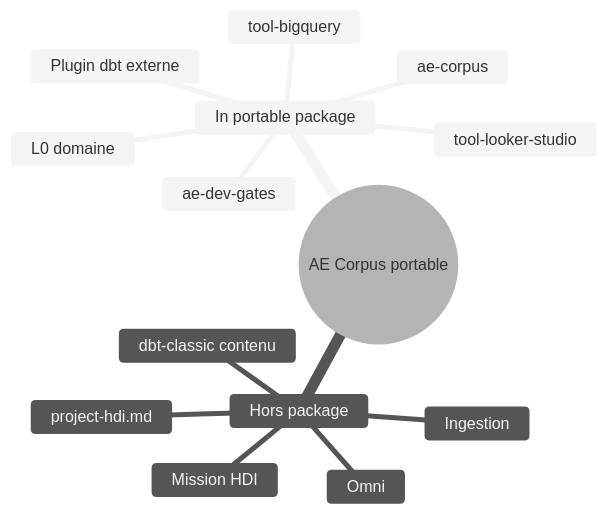
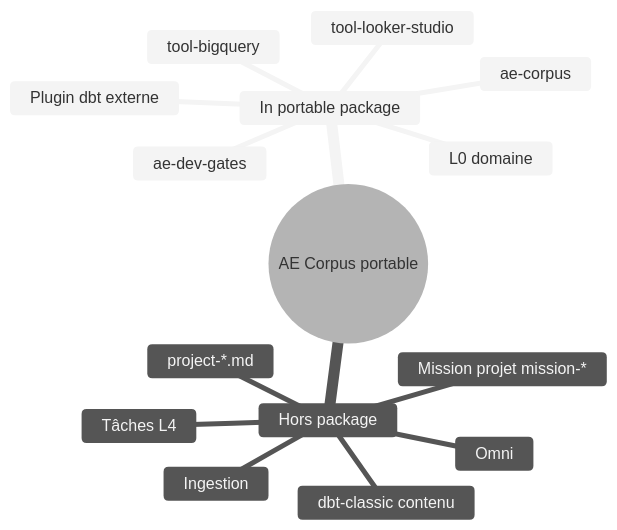
Before and after one commit to doudjol57/ae-agent-skills: the fourth of 4 diagrams in skills/ae-corpus/architecture.md, drawn with Mermaid (neutral theme). The commit also changed other lines of this file and 4 other files, not shown here.

First line of the commit message:
docs: make L3 mission layer project-agnostic (#1)

````diff
--- a/skills/ae-corpus/architecture.md
+++ b/skills/ae-corpus/architecture.md
@@ -83,17 +86,18 @@
 ```mermaid
 mindmap
   root((AE Corpus portable))
     In portable package
       Plugin dbt externe
       ae-dev-gates
       ae-corpus
       tool-bigquery
       tool-looker-studio
       L0 domaine
     Hors package
-      Mission HDI
-      project-hdi.md
+      Mission projet mission-*
+      project-*.md
+      Tâches L4
       Ingestion
       Omni
       dbt-classic contenu
 ```
````
